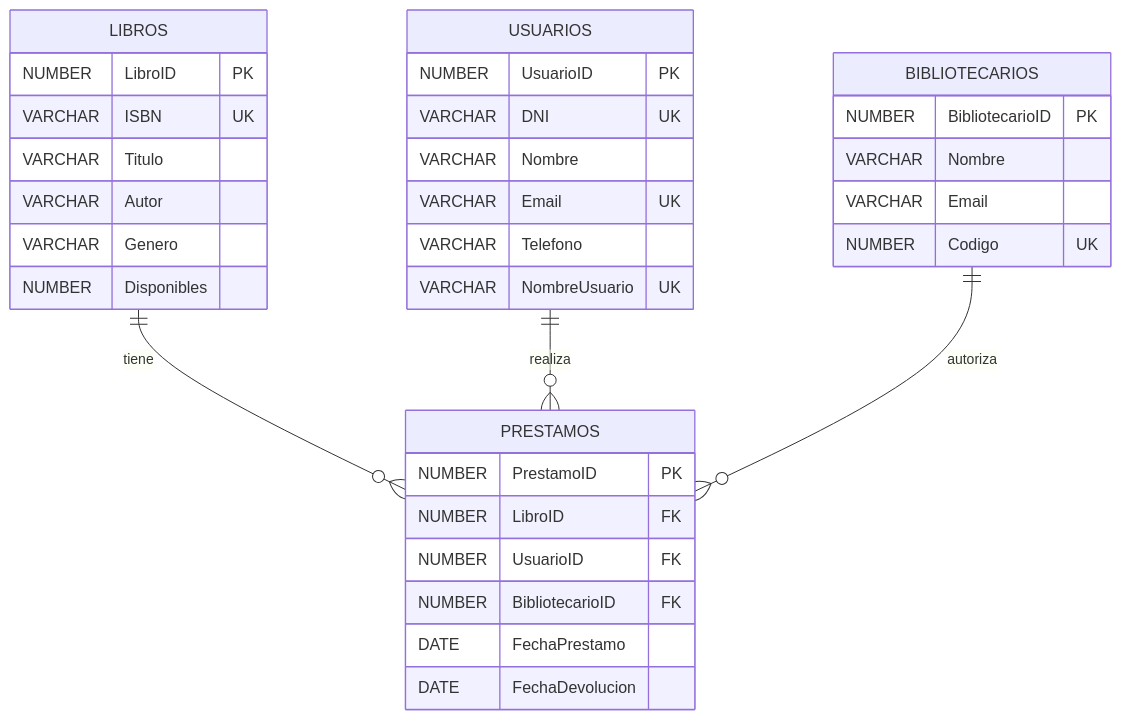
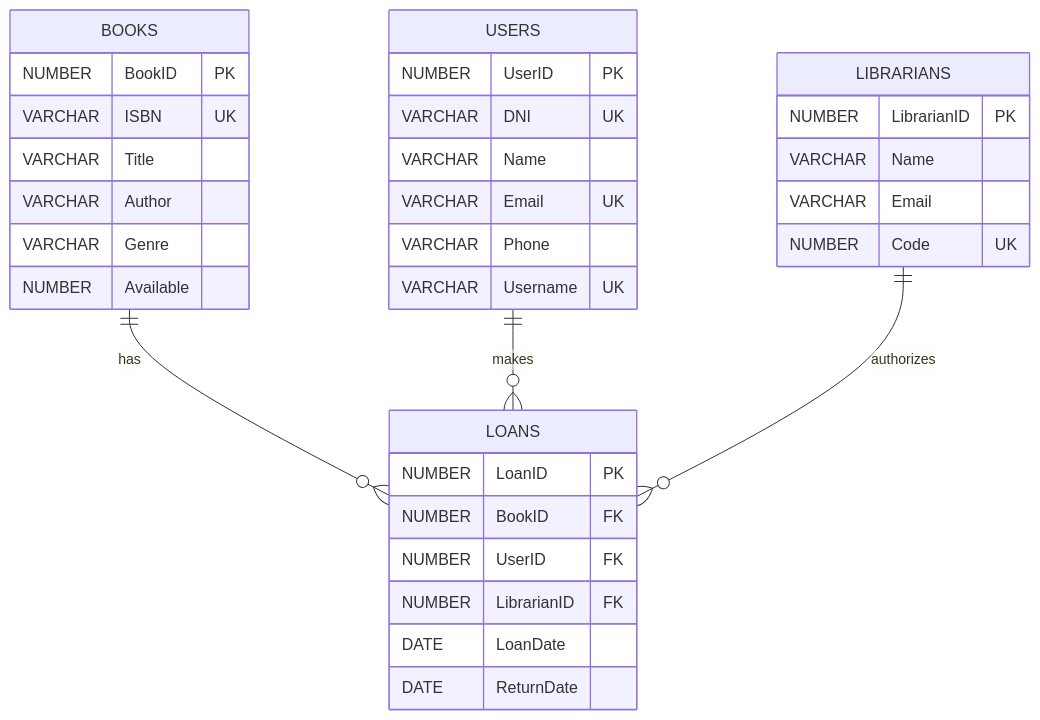
The diagram in copilot-library.md (CleveritDemo/copilot-oracle-plsql-playground), drawn with Mermaid before and after one commit. The commit also changed other lines of this file and 4 other files, not shown here.

Commit message:
Add Spanish and English versions of the Copilot Public Library ER diagram

````diff
--- a/copilot-library.md
+++ b/copilot-library.md
@@ -19,36 +19,36 @@
 ```mermaid
 erDiagram
-    LIBROS {
-        NUMBER LibroID PK
-        VARCHAR ISBN UK
-        VARCHAR Titulo
-        VARCHAR Autor
-        VARCHAR Genero
-        NUMBER Disponibles
-    }
-    USUARIOS {
-        NUMBER UsuarioID PK
-        VARCHAR DNI UK
-        VARCHAR Nombre
-        VARCHAR Email UK
-        VARCHAR Telefono
-        VARCHAR NombreUsuario UK
-    }
-    BIBLIOTECARIOS {
-        NUMBER BibliotecarioID PK
-        VARCHAR Nombre
-        VARCHAR Email
-        NUMBER Codigo UK
-    }
-    PRESTAMOS {
-        NUMBER PrestamoID PK
-        NUMBER LibroID FK
-        NUMBER UsuarioID FK
-        NUMBER BibliotecarioID FK
-        DATE FechaPrestamo
-        DATE FechaDevolucion
-    }
-    LIBROS ||--o{ PRESTAMOS : "tiene"
-    USUARIOS ||--o{ PRESTAMOS : "realiza"
-    BIBLIOTECARIOS ||--o{ PRESTAMOS : "autoriza"
+    BOOKS {
+            NUMBER BookID PK
+            VARCHAR ISBN UK
+            VARCHAR Title
+            VARCHAR Author
+            VARCHAR Genre
+            NUMBER Available
+        }
+        USERS {
+            NUMBER UserID PK
+            VARCHAR DNI UK
+            VARCHAR Name
+            VARCHAR Email UK
+            VARCHAR Phone
+            VARCHAR Username UK
+        }
+        LIBRARIANS {
+            NUMBER LibrarianID PK
+            VARCHAR Name
+            VARCHAR Email
+            NUMBER Code UK
+        }
+        LOANS {
+            NUMBER LoanID PK
+            NUMBER BookID FK
+            NUMBER UserID FK
+            NUMBER LibrarianID FK
+            DATE LoanDate
+            DATE ReturnDate
+        }
+        BOOKS ||--o{ LOANS : "has"
+        USERS ||--o{ LOANS : "makes"
+        LIBRARIANS ||--o{ LOANS : "authorizes"
 ```
````
